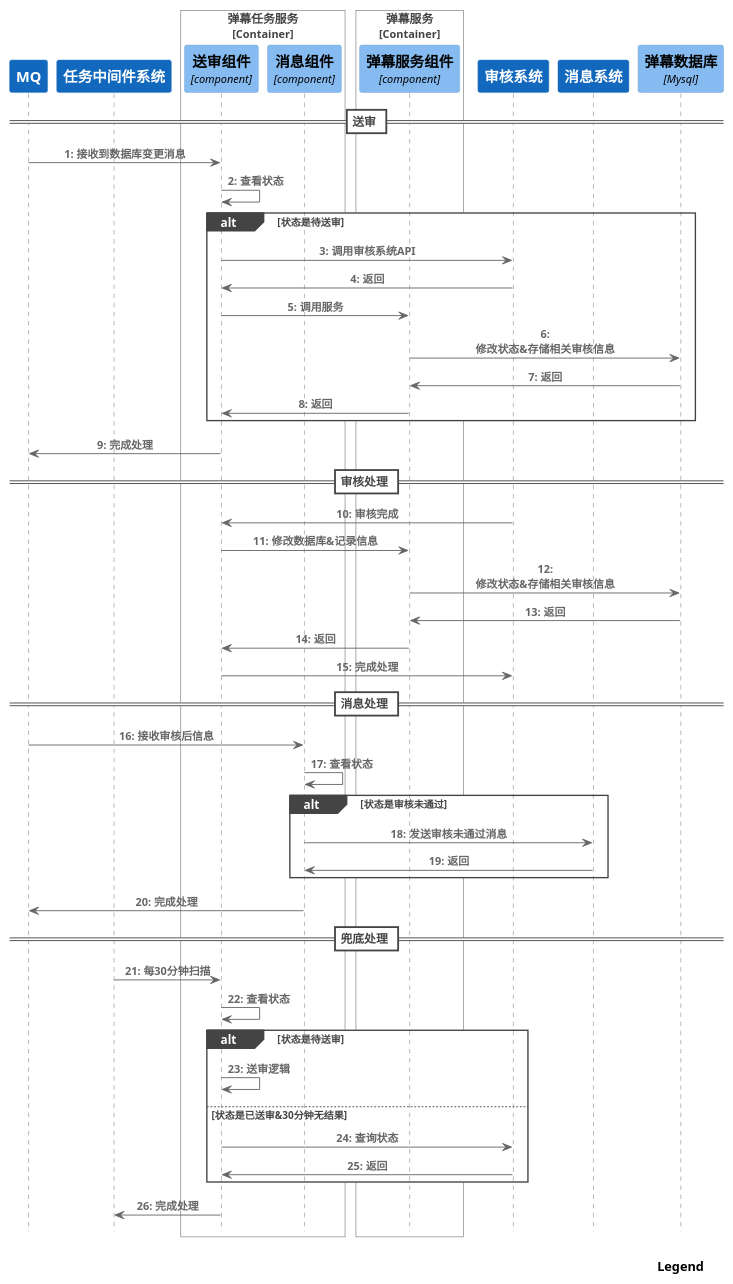
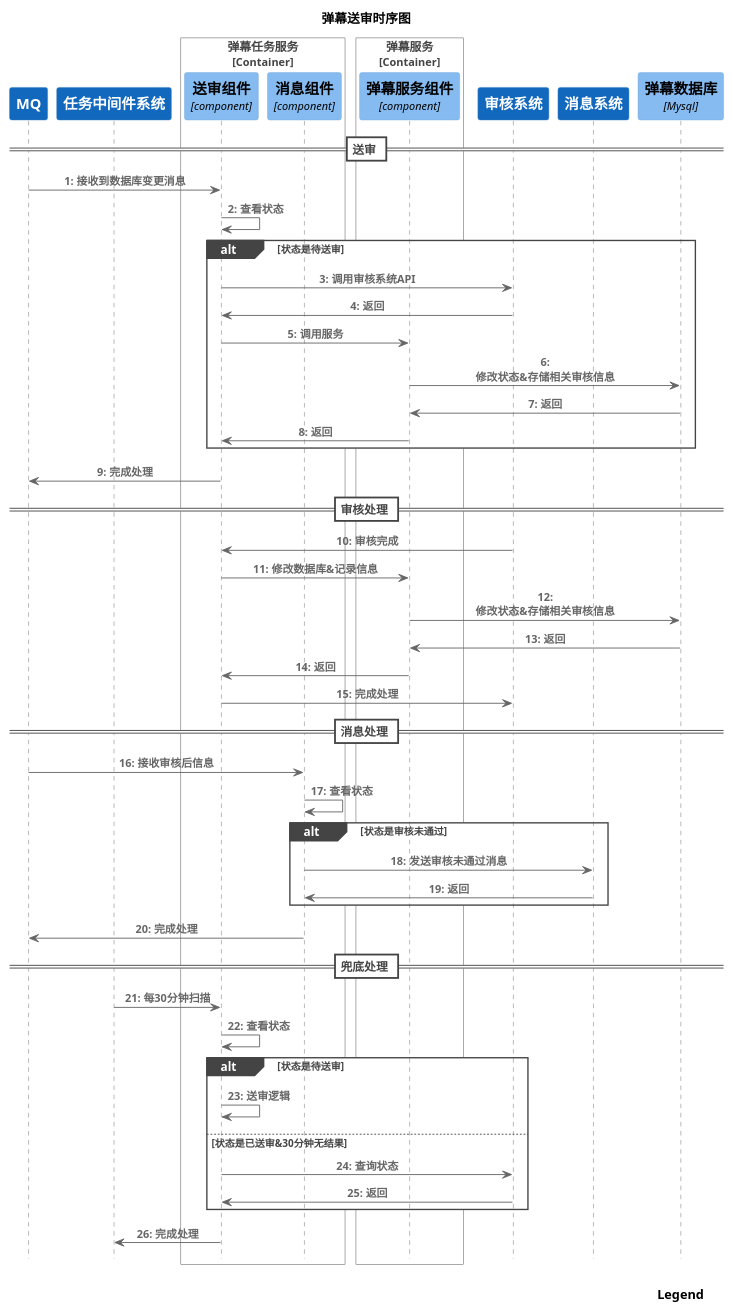
The diagram in puml/interact/content/barrage/audit/auditseq.puml (nxnnxn/community-doc), drawn with PlantUML before and after one commit. The commit also changed 1 other file, not shown here.

```diff
--- a/puml/interact/content/barrage/audit/auditseq.puml
+++ b/puml/interact/content/barrage/audit/auditseq.puml
@@ -1,65 +1,66 @@
 @startuml
 !include <C4/C4_Sequence>
 SHOW_INDEX()
 SHOW_LEGEND()
+
+title 弹幕送审时序图
 System(rocketmq,"MQ")
-
 System(job,"任务中间件系统")
 Container_Boundary(barrageJobService, "弹幕任务服务")
     Component(auditComponent, "送审组件", "component", "弹幕送审")
     Component(messageComponent, "消息组件", "component", "消息组件")
 Boundary_End()
 
 Container_Boundary(barrageService, "弹幕服务")
     Component(barrageComponent, "弹幕服务组件", "component", "弹幕服务组件")
 Boundary_End()
 
 System(auditSystem,"审核系统")
 System(messageSystem,"消息系统")
 ComponentDb(db, "弹幕数据库", "Mysql")
 
 == 送审 ==
 Rel(rocketmq, auditComponent, "接收到数据库变更消息")
 Rel(auditComponent, auditComponent, "查看状态")
 alt 状态是待送审
  Rel(auditComponent, auditSystem, "调用审核系统API")
  Rel(auditSystem, auditComponent, "返回")
  Rel(auditComponent,barrageComponent , "调用服务")
  Rel(barrageComponent,db , "修改状态&存储相关审核信息")
  Rel(db,barrageComponent , "返回")
  Rel(barrageComponent,auditComponent , "返回")
 end
 Rel(auditComponent,rocketmq , "完成处理")
 
 == 审核处理 ==
 Rel(auditSystem, auditComponent, "审核完成")
 Rel(auditComponent, barrageComponent, "修改数据库&记录信息")
 Rel(barrageComponent,db , "修改状态&存储相关审核信息")
 Rel(db,barrageComponent , "返回")
 Rel(barrageComponent,auditComponent , "返回")
 Rel(auditComponent,auditSystem , "完成处理")
 
 
 == 消息处理 ==
 Rel(rocketmq, messageComponent, "接收审核后信息")
 Rel(messageComponent, messageComponent, "查看状态")
 alt 状态是审核未通过
  Rel(messageComponent, messageSystem, "发送审核未通过消息")
  Rel(messageSystem, messageComponent, "返回")
 end
 Rel(messageComponent,rocketmq , "完成处理")
 
 
 == 兜底处理 ==
 Rel(job, auditComponent, "每30分钟扫描")
 Rel(auditComponent, auditComponent, "查看状态")
 alt 状态是待送审
  Rel(auditComponent, auditComponent, "送审逻辑")
 else 状态是已送审&30分钟无结果
  Rel(auditComponent, auditSystem, "查询状态")
  Rel(auditSystem, auditComponent, "返回")
 end
 Rel(auditComponent,job , "完成处理")
 
 
 @enduml
```
